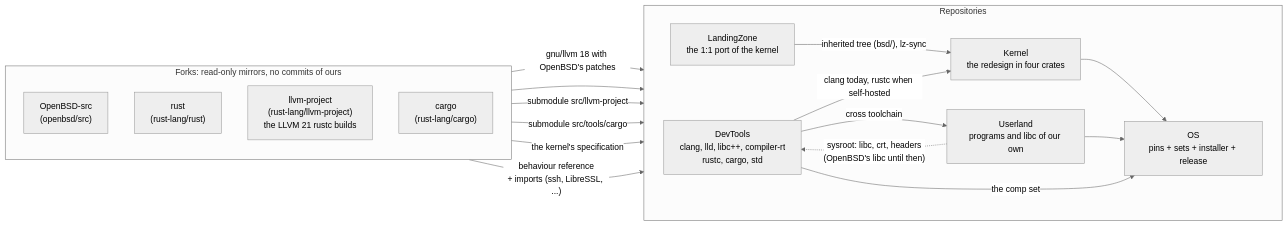
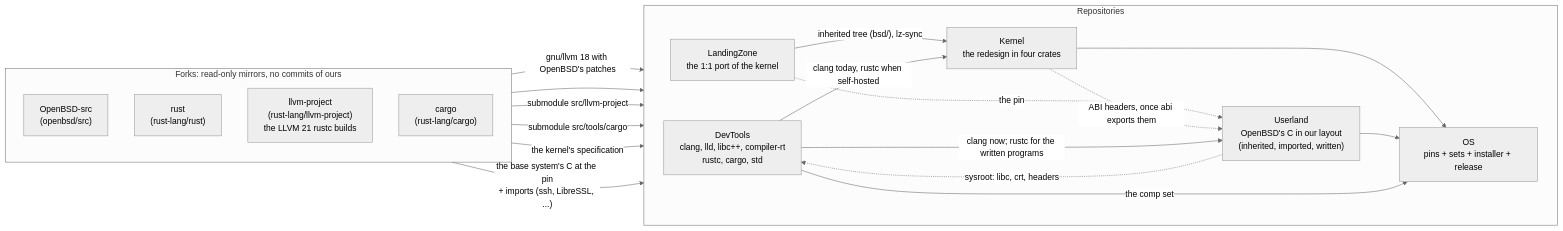
The first of 3 diagrams in docs/architecture.md (EmiBSD/Governance), drawn with Mermaid (neutral theme) before and after one commit. The commit also changed other lines of this file and 5 other files, not shown here.

First line of the commit message:
decisions: propose G-0013, Userland inherits OpenBSD's C in our layout

````diff
--- a/docs/architecture.md
+++ b/docs/architecture.md
@@ -10,36 +11,38 @@
 ```mermaid
 flowchart LR
     subgraph forks["Forks: read-only mirrors, no commits of ours"]
         direction TB
         obsd["OpenBSD-src<br/>(openbsd/src)"]
         rust["rust<br/>(rust-lang/rust)"]
         llvmrs["llvm-project<br/>(rust-lang/llvm-project)<br/>the LLVM 21 rustc builds"]
         cargo["cargo<br/>(rust-lang/cargo)"]
     end
 
     subgraph repos["Repositories"]
         direction LR
         dev["DevTools<br/>clang, lld, libc++, compiler-rt<br/>rustc, cargo, std"]
         lz["LandingZone<br/>the 1:1 port of the kernel"]
-        ul["Userland<br/>programs and libc of our own"]
+        ul["Userland<br/>OpenBSD's C in our layout<br/>(inherited, imported, written)"]
         k["Kernel<br/>the redesign in four crates"]
         os["OS<br/>pins + sets + installer + release"]
     end
 
     obsd -- "gnu/llvm 18 with OpenBSD's patches" --> dev
     rust --> dev
     llvmrs -- "submodule src/llvm-project" --> dev
     cargo -- "submodule src/tools/cargo" --> dev
 
     obsd -- "the kernel's specification" --> lz
-    obsd -- "behaviour reference<br/>+ imports (ssh, LibreSSL, ...)" --> ul
+    obsd -- "the base system's C at the pin<br/>+ imports (ssh, LibreSSL, ...)" --> ul
     lz -- "inherited tree (bsd/), lz-sync" --> k
+    lz -. "the pin" .-> ul
+    k -. "ABI headers, once abi exports them" .-> ul
 
-    dev -- "cross toolchain" --> ul
+    dev -- "clang now; rustc for the written programs" --> ul
     dev -- "clang today, rustc when self-hosted" --> k
-    ul -. "sysroot: libc, crt, headers<br/>(OpenBSD's libc until then)" .-> dev
+    ul -. "sysroot: libc, crt, headers" .-> dev
 
     k --> os
     ul --> os
     dev -- "the comp set" --> os
 ```
````
